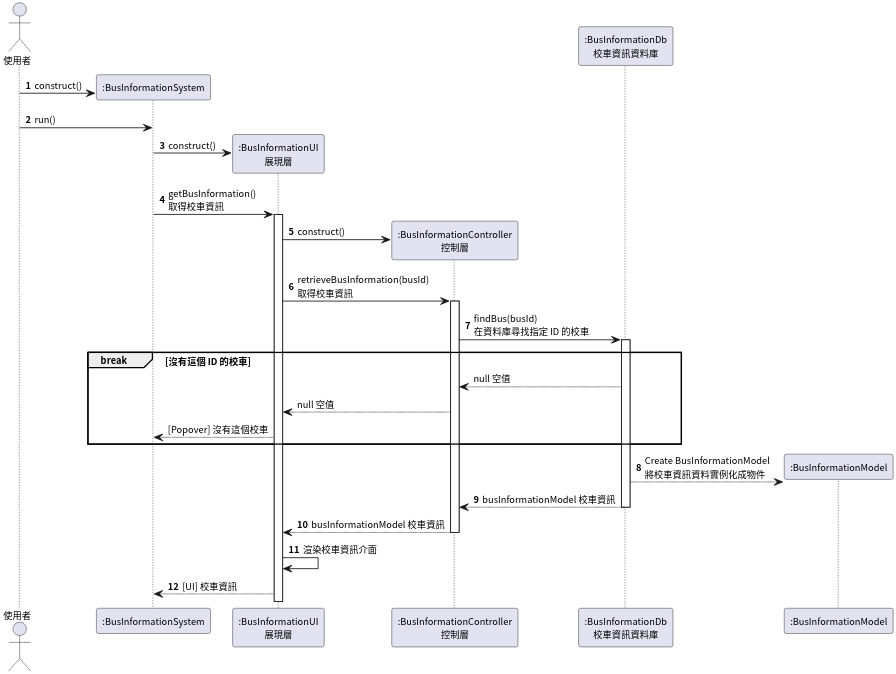
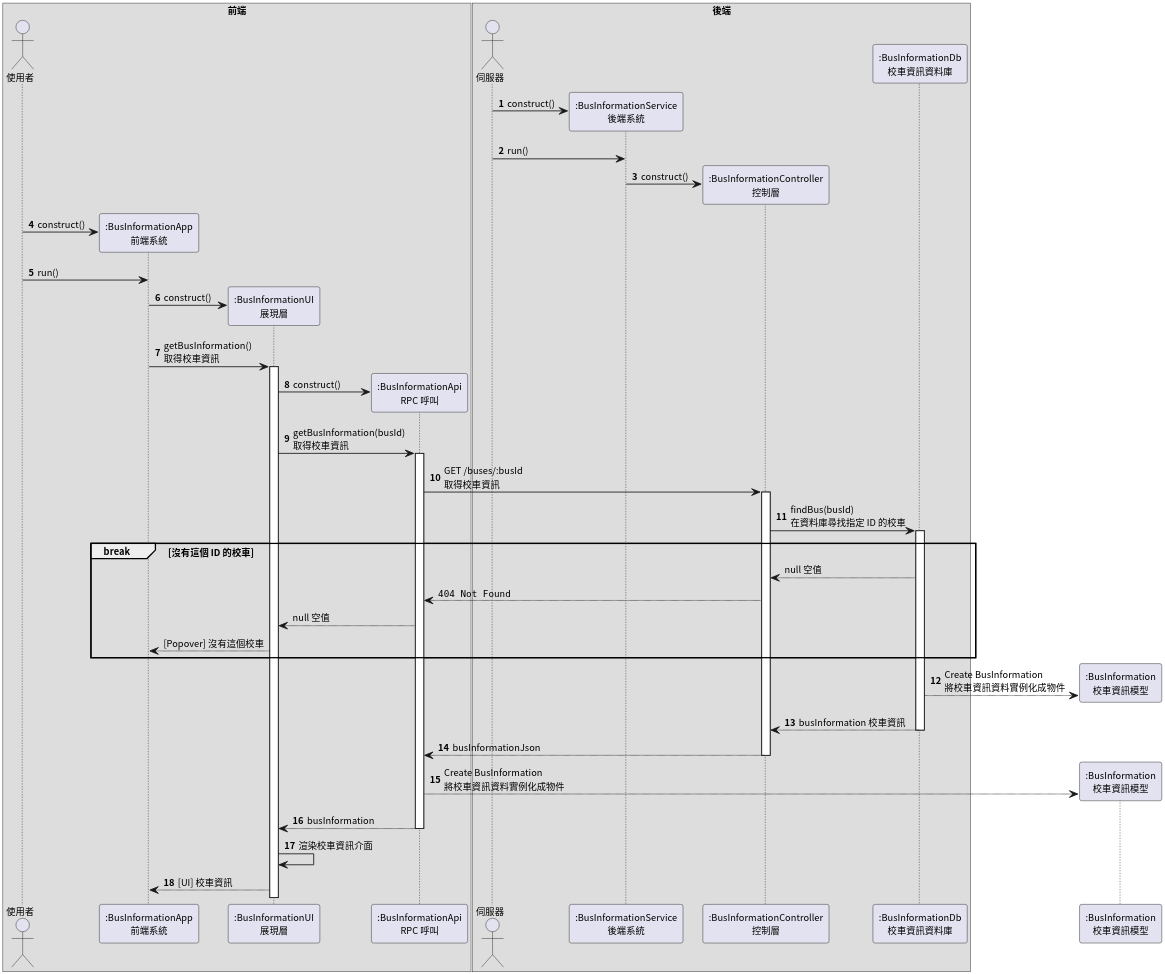
Before and after one commit to pan93412/nkust-homework: the sixth of 6 diagrams in semester-4/system-analysis/localized/sequence-diagram.plantuml, drawn with PlantUML. The commit also changed other lines of this file, not shown here.

Commit message:
s4: system-analysis: class-diagram: Refactor

```diff
--- a/semester-4/system-analysis/localized/sequence-diagram.plantuml
+++ b/semester-4/system-analysis/localized/sequence-diagram.plantuml
@@ -262,44 +362,66 @@
 @startuml BusInformationRetrieve
 
 autonumber
 skinparam dpi 300
 skinparam linetype ortho
 skinparam defaultFontSize 11
 skinparam defaultFontName "Noto Sans CJK TC"
 
+
+box 前端
 actor Requester as "使用者"
-participant BusInformationSystem as ":BusInformationSystem"
+participant BusInformationApp as ":BusInformationApp\n前端系統"
 participant BusInformationUI as ":BusInformationUI\n展現層"
+participant BusInformationApi as ":BusInformationApi\nRPC 呼叫"
+end box
+
+box 後端
+actor Server as "伺服器"
+participant BusInformationService as ":BusInformationService\n後端系統"
 participant BusInformationController as ":BusInformationController\n控制層"
 participant BusInformationDb as ":BusInformationDb\n校車資訊資料庫"
+end box
 
-Requester -> BusInformationSystem **: construct()
-Requester -> BusInformationSystem: run()
+participant BusInformation as ":BusInformation\n校車資訊模型"
 
-BusInformationSystem -> BusInformationUI **: construct()
-BusInformationSystem -> BusInformationUI ++: getBusInformation()\n取得校車資訊
+Server -> BusInformationService **: construct()
+Server -> BusInformationService: run()
+BusInformationService -> BusInformationController **: construct()
 
-BusInformationUI -> BusInformationController **: construct()
-BusInformationUI -> BusInformationController ++: retrieveBusInformation(busId)\n取得校車資訊
+Requester -> BusInformationApp **: construct()
+Requester -> BusInformationApp: run()
+
+BusInformationApp -> BusInformationUI **: construct()
+BusInformationApp -> BusInformationUI ++: getBusInformation()\n取得校車資訊
+
+BusInformationUI -> BusInformationApi **: construct()
+BusInformationUI -> BusInformationApi ++: getBusInformation(busId)\n取得校車資訊
+
+BusInformationApi -> BusInformationController ++: GET /buses/:busId\n取得校車資訊
 
 BusInformationController -> BusInformationDb++: findBus(busId)\n在資料庫尋找指定 ID 的校車
 
 break 沒有這個 ID 的校車
     autonumber stop
     BusInformationController <-- BusInformationDb: null 空值
-    BusInformationUI <-- BusInformationController: null 空值
-    BusInformationSystem <-- BusInformationUI: [Popover] 沒有這個校車
+    BusInformationApi <-- BusInformationController: ""404 Not Found""
+    BusInformationUI <-- BusInformationApi: null 空值
+    BusInformationApp <-- BusInformationUI: [Popover] 沒有這個校車
 end
 
 autonumber resume
-create participant BusInformationModel as ":BusInformationModel"
-BusInformationDb --> BusInformationModel: Create BusInformationModel\n將校車資訊資料實例化成物件
-return busInformationModel 校車資訊
 
-return busInformationModel 校車資訊
+BusInformationDb --> BusInformation **: Create BusInformation\n將校車資訊資料實例化成物件
+return busInformation 校車資訊
+
+return busInformationJson
+
+BusInformationApi --> BusInformation **: Create BusInformation\n將校車資訊資料實例化成物件
+
+return busInformation
 
 BusInformationUI -> BusInformationUI: 渲染校車資訊介面
 
-BusInformationSystem <-- BusInformationUI: [UI] 校車資訊
+BusInformationApp <-- BusInformationUI: [UI] 校車資訊
 
 @enduml
```
